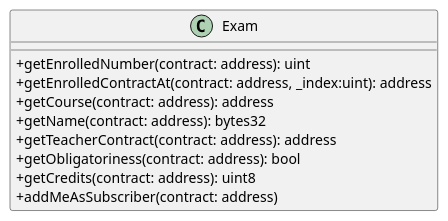
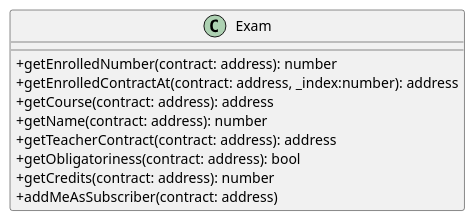
Before and after one commit to M9k/Marvin-Uml: the diagram in web3function/file/Exam.iuml, drawn with PlantUML. The commit also changed 13 other files, not shown here.

```diff
--- a/web3function/file/Exam.iuml
+++ b/web3function/file/Exam.iuml
@@ -1,13 +1,13 @@
 @startuml
 skinparam classAttributeIconSize 0
 class Exam{
-+ getEnrolledNumber(contract: address): uint
-+ getEnrolledContractAt(contract: address, _index:uint): address
++ getEnrolledNumber(contract: address): number
++ getEnrolledContractAt(contract: address, _index:number): address
 + getCourse(contract: address): address
-+ getName(contract: address): bytes32
++ getName(contract: address): number
 + getTeacherContract(contract: address): address
 + getObligatoriness(contract: address): bool
-+ getCredits(contract: address): uint8
++ getCredits(contract: address): number
 + addMeAsSubscriber(contract: address)
 }
 @enduml
```
